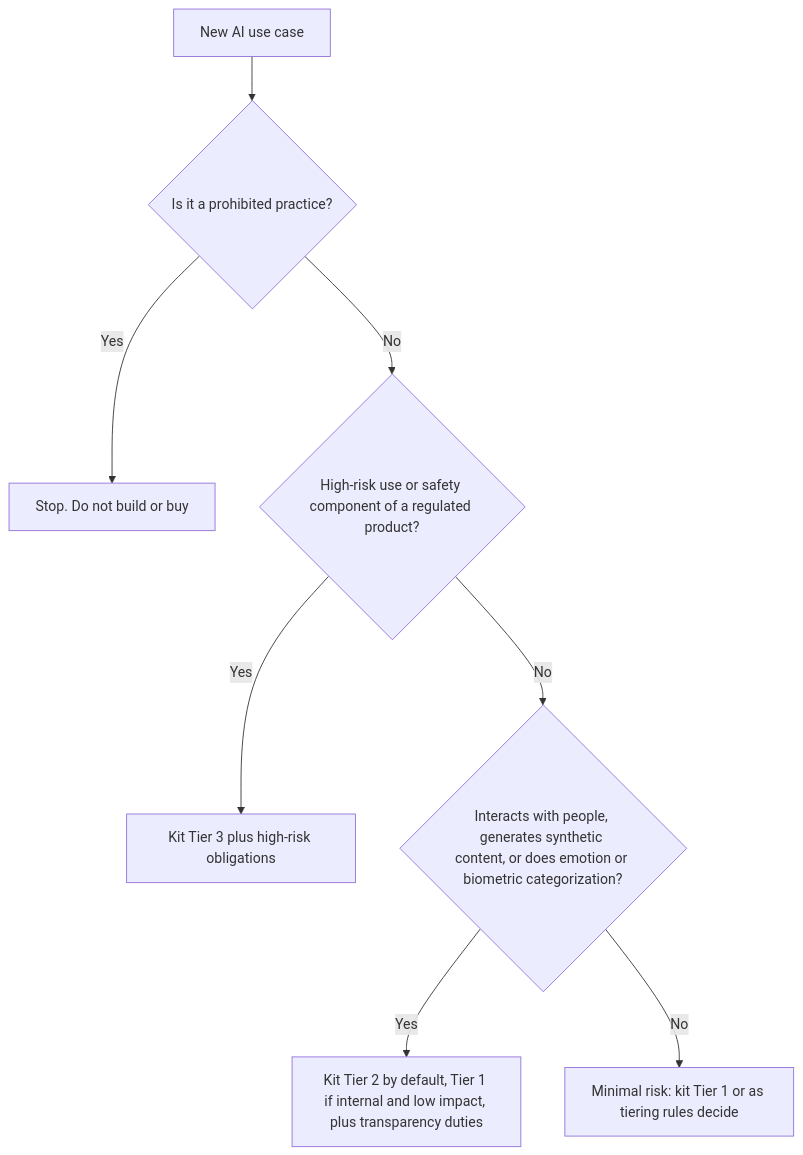
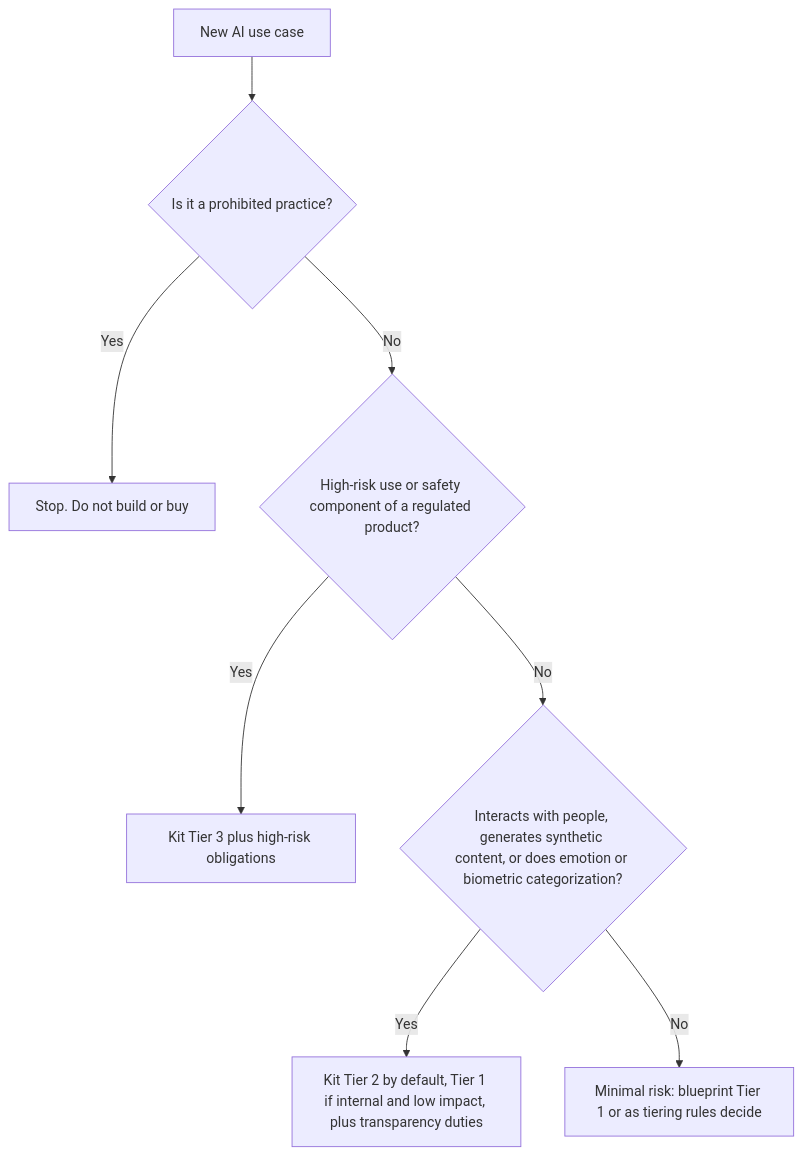
Before and after one commit to EdwardSuresh/enterprise-ai-architecture-blueprint: the diagram in 01-governance/control-maps/eu-ai-act.md, drawn with Mermaid. The commit also changed other lines of this file and 99 other files, not shown here.

Commit message:
Rename to The Architect's Enterprise AI Blueprint

````diff
--- a/01-governance/control-maps/eu-ai-act.md
+++ b/01-governance/control-maps/eu-ai-act.md
@@ -29,10 +29,10 @@
 ```mermaid
 flowchart TD
   A["New AI use case"] --> B{"Is it a prohibited practice?"}
   B -- "Yes" --> X["Stop. Do not build or buy"]
   B -- "No" --> C{"High-risk use or safety component of a regulated product?"}
   C -- "Yes" --> T3["Kit Tier 3 plus high-risk obligations"]
   C -- "No" --> D{"Interacts with people, generates synthetic content, or does emotion or biometric categorization?"}
   D -- "Yes" --> T2["Kit Tier 2 by default, Tier 1 if internal and low impact, plus transparency duties"]
-  D -- "No" --> T1["Minimal risk: kit Tier 1 or as tiering rules decide"]
+  D -- "No" --> T1["Minimal risk: blueprint Tier 1 or as tiering rules decide"]
 ```
````
